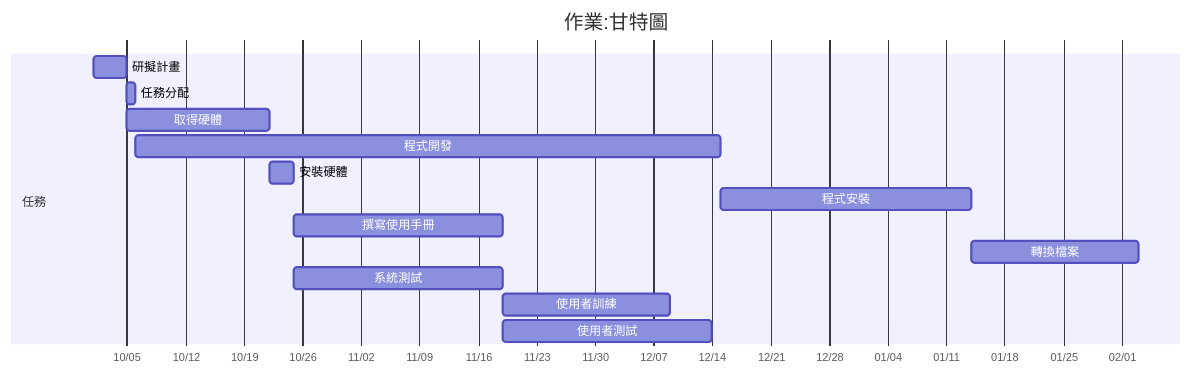
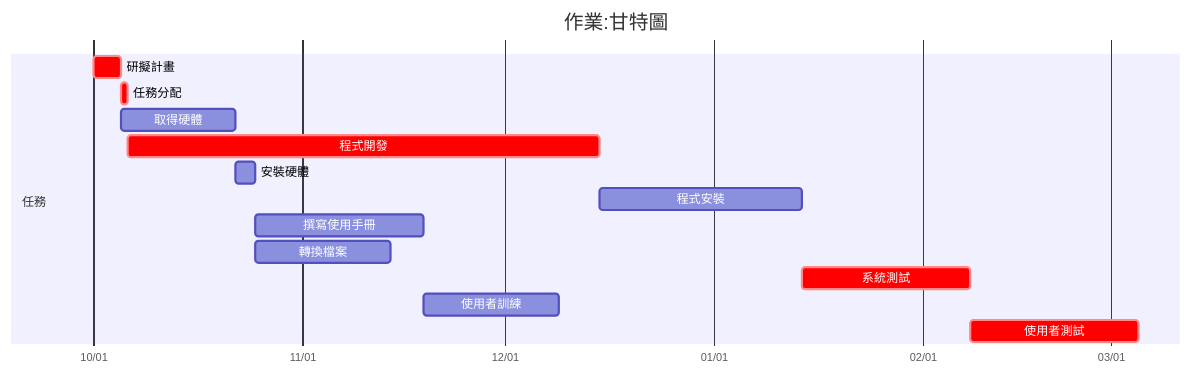
The second of 2 diagrams in HW2.md (auia541/p1), drawn with Mermaid before and after one commit. The commit also changed other lines of this file, not shown here.

````diff
--- a/HW2.md
+++ b/HW2.md
@@ -25,22 +25,22 @@
 ```mermaid
 
 
 gantt
 title 作業:甘特圖
 dateformat YYYY-MM-DD
 axisFormat %m/%d
 
 section 任務
-研擬計畫 :a1, 2025-10-01, 4d
-任務分配 :a2, after a1, 1d
+研擬計畫 :crit,a1, 2025-10-01, 4d
+任務分配 :crit,a2, after a1, 1d
 取得硬體 :a3, after a1, 17d
-程式開發 :a4, after a2, 70d
+程式開發 :crit,a4, after a2, 70d
 安裝硬體 :a5, after a3, 3d
 程式安裝 :a6, after a4, 30d
 撰寫使用手冊 :a7, after a5, 25d
-轉換檔案 :a8, after a6, 20d
-系統測試 :a9, after a5, 25d
+轉換檔案 :a8, after a5, 20d
+系統測試 :crit,a9, after a6, 25d
 使用者訓練 :a10, after a7, 20d
-使用者測試 :a11, after a9, 25d
+使用者測試 :crit,a11, after a9, 25d
 
 ``` 
````
